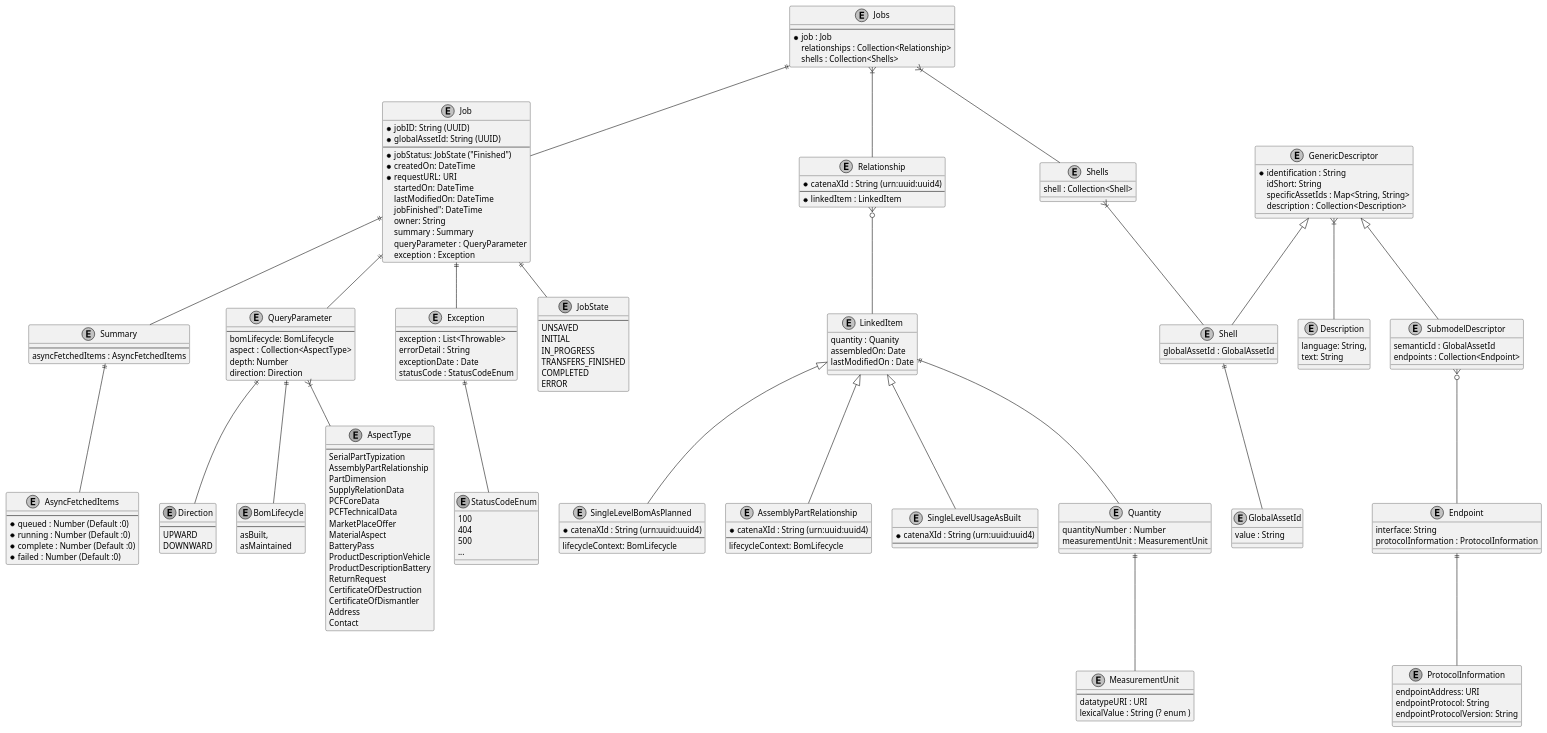
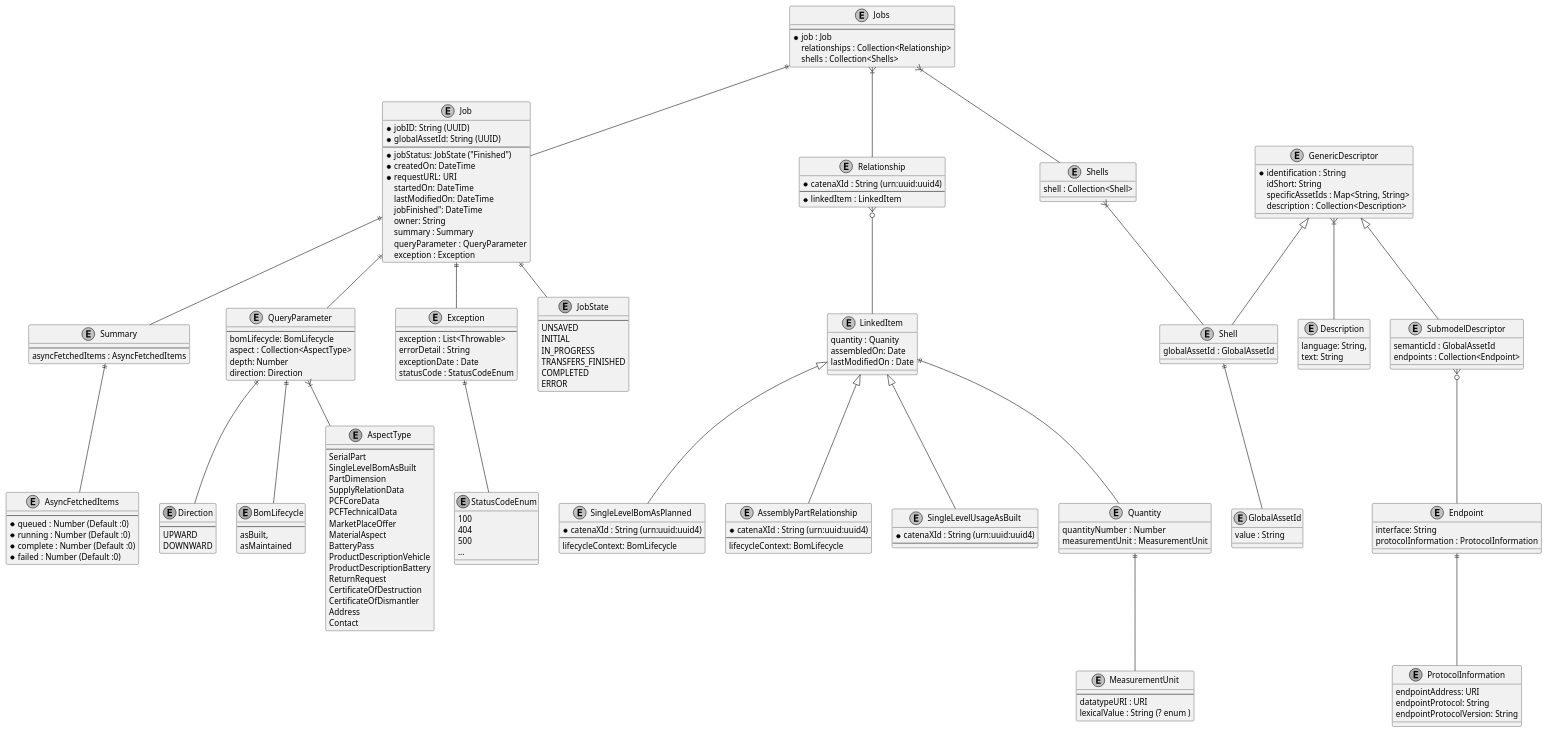
Before and after one commit to eclipse-tractusx/item-relationship-service: the diagram in docs/src/uml-diagrams/cross-cutting/data-model-job-response.puml, drawn with PlantUML. The commit also changed 14 other files, not shown here.

```diff
--- a/docs/src/uml-diagrams/cross-cutting/data-model-job-response.puml
+++ b/docs/src/uml-diagrams/cross-cutting/data-model-job-response.puml
@@ -66,8 +66,8 @@
 
 enum AspectType {
     ---
-    SerialPartTypization
-	AssemblyPartRelationship
+    SerialPart
+	SingleLevelBomAsBuilt
 	PartDimension
 	SupplyRelationData
 	PCFCoreData
```
